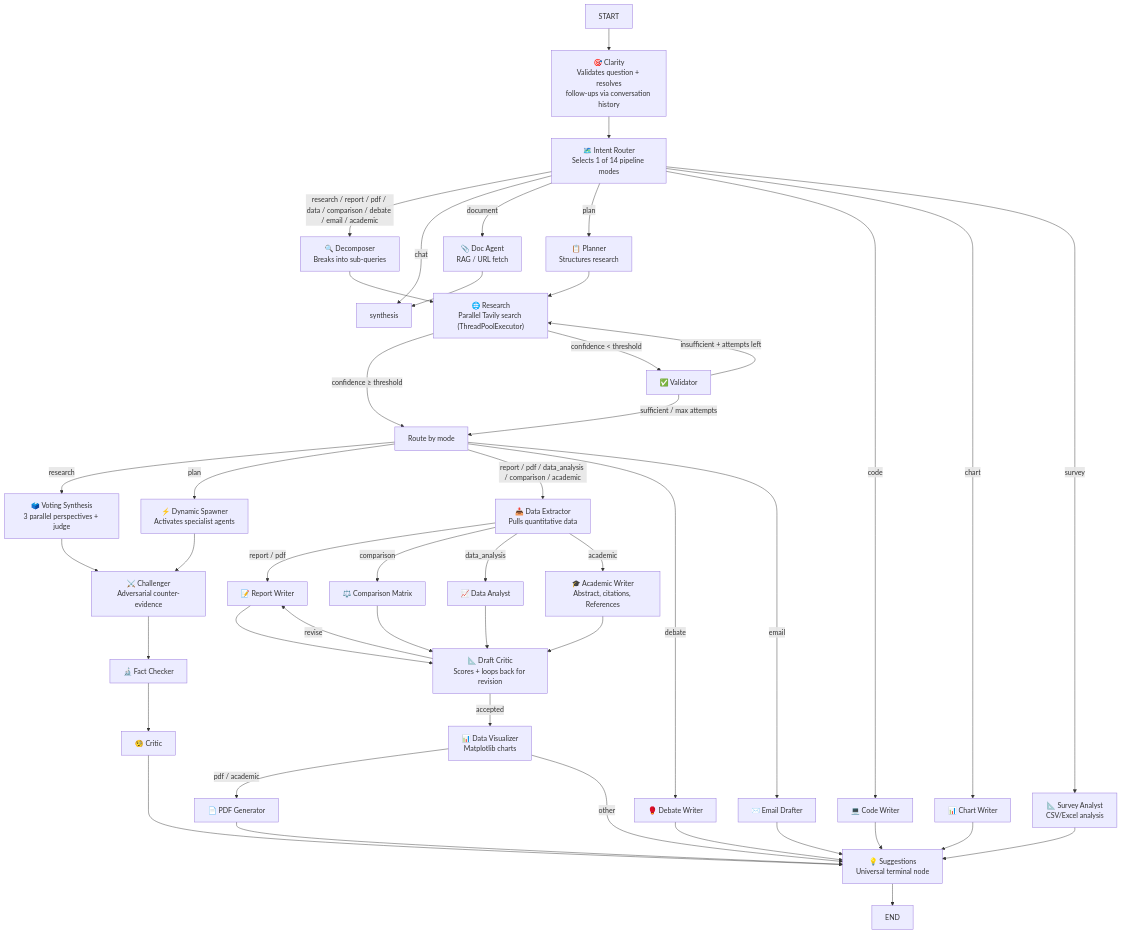
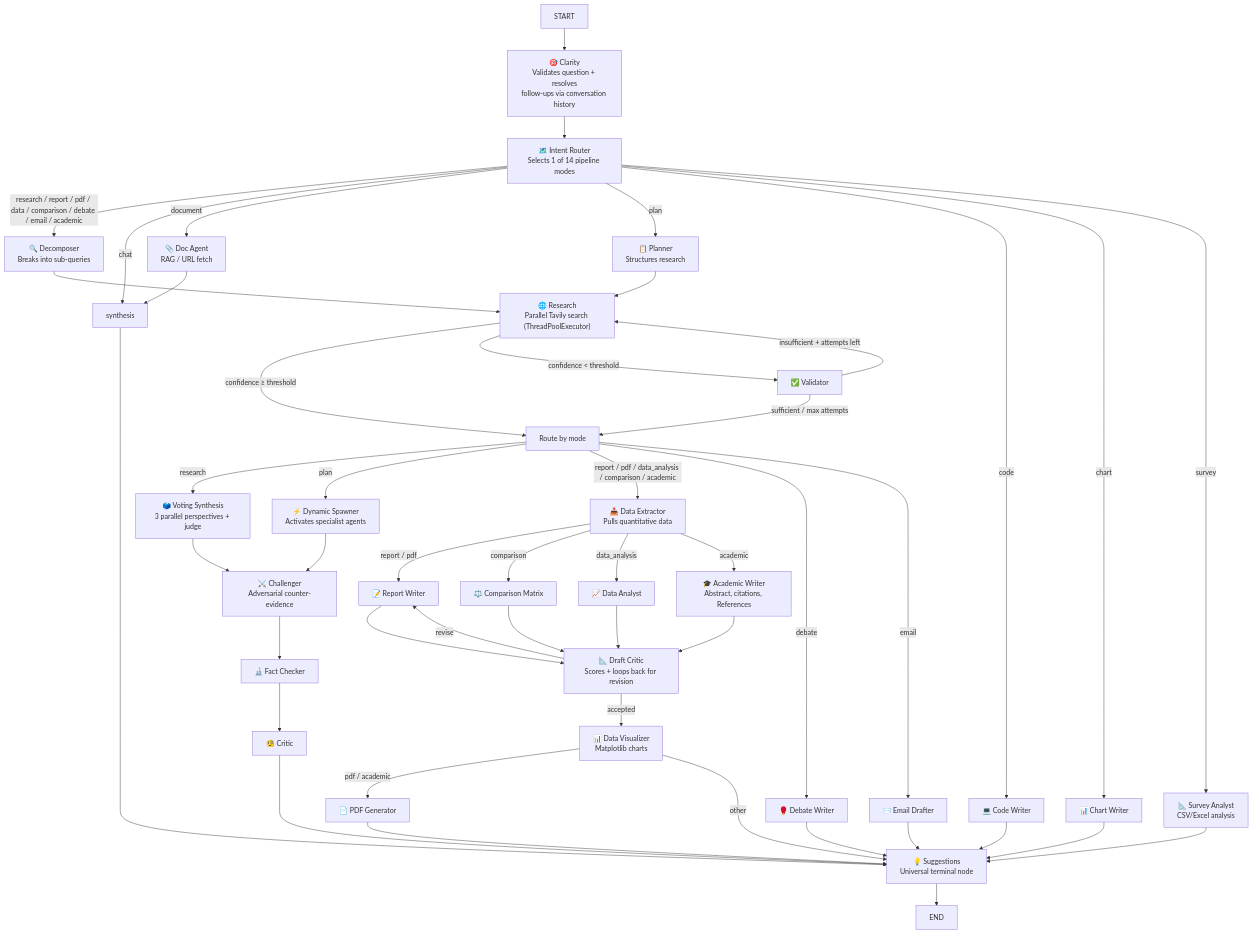
Before and after one commit to zuraiz-anjum/ares-research: the diagram in README.md, drawn with Mermaid.

Commit message:
fix: README diagram was missing the synthesis -> suggestions edge
chat/document mode routes through synthesis, but the mermaid diagram had
no outgoing edge from it - a dead end that would never reach suggestions
or END in the diagram. Found this while building an interactive HTML
version of the same architecture. Added synthesis --> suggestions to
match the actual graph.py routing (chat -> synthesis -> suggestions -> END).

````diff
--- a/README.md
+++ b/README.md
@@ -9,55 +9,56 @@
 ```mermaid
 graph TD
     START --> clarity["🎯 Clarity\nValidates question + resolves\nfollow-ups via conversation history"]
     clarity --> intent_router["🗺️ Intent Router\nSelects 1 of 14 pipeline modes"]
 
     intent_router -->|research / report / pdf / data / comparison / debate / email / academic| decomposer["🔍 Decomposer\nBreaks into sub-queries"]
     intent_router -->|chat| synthesis
     intent_router -->|document| doc_agent["📎 Doc Agent\nRAG / URL fetch"]
     intent_router -->|plan| planner["📋 Planner\nStructures research"]
     intent_router -->|code| code_writer["💻 Code Writer"]
     intent_router -->|chart| chart_writer["📊 Chart Writer"]
     intent_router -->|survey| survey_analyst["📐 Survey Analyst\nCSV/Excel analysis"]
 
     planner --> research
     decomposer --> research["🌐 Research\nParallel Tavily search (ThreadPoolExecutor)"]
     research -->|confidence ≥ threshold| route_out["Route by mode"]
     research -->|confidence < threshold| validator["✅ Validator"]
     validator -->|sufficient / max attempts| route_out
     validator -->|insufficient + attempts left| research
 
     doc_agent --> synthesis
     route_out -->|research| voting_synthesis["🗳️ Voting Synthesis\n3 parallel perspectives + judge"]
     route_out -->|plan| dynamic_spawner["⚡ Dynamic Spawner\nActivates specialist agents"]
     route_out -->|report / pdf / data_analysis / comparison / academic| data_extractor["📥 Data Extractor\nPulls quantitative data"]
     route_out -->|debate| debate_writer["🥊 Debate Writer"]
     route_out -->|email| email_drafter["✉️ Email Drafter"]
 
     data_extractor -->|report / pdf| report_writer["📝 Report Writer"]
     data_extractor -->|comparison| comparison_matrix["⚖️ Comparison Matrix"]
     data_extractor -->|data_analysis| data_analyst["📈 Data Analyst"]
     data_extractor -->|academic| academic_writer["🎓 Academic Writer\nAbstract, citations, References"]
 
     voting_synthesis --> challenger["⚔️ Challenger\nAdversarial counter-evidence"]
     dynamic_spawner --> challenger
     challenger --> fact_checker["🔬 Fact Checker"]
     fact_checker --> critic["🧐 Critic"]
 
     report_writer --> draft_critic["📐 Draft Critic\nScores + loops back for revision"]
     comparison_matrix --> draft_critic
     data_analyst --> draft_critic
     academic_writer --> draft_critic
     draft_critic -->|revise| report_writer
     draft_critic -->|accepted| data_visualizer["📊 Data Visualizer\nMatplotlib charts"]
 
     data_visualizer -->|pdf / academic| pdf_generator["📄 PDF Generator"]
     data_visualizer -->|other| suggestions
     pdf_generator --> suggestions
     survey_analyst --> suggestions
-    critic --> suggestions["💡 Suggestions\nUniversal terminal node"]
+    synthesis --> suggestions["💡 Suggestions\nUniversal terminal node"]
+    critic --> suggestions
     debate_writer --> suggestions
     email_drafter --> suggestions
     code_writer --> suggestions
     chart_writer --> suggestions
     suggestions --> END
 ```
````
